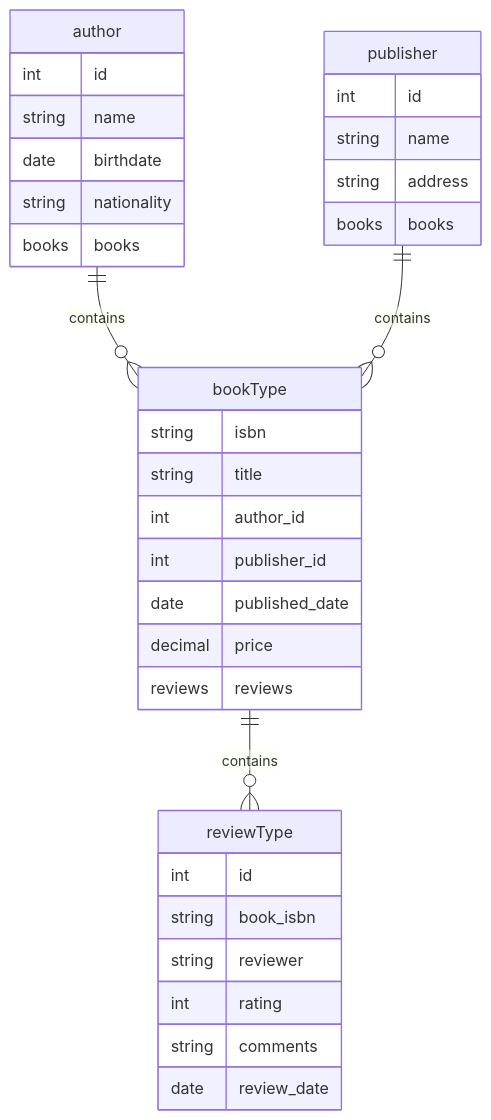
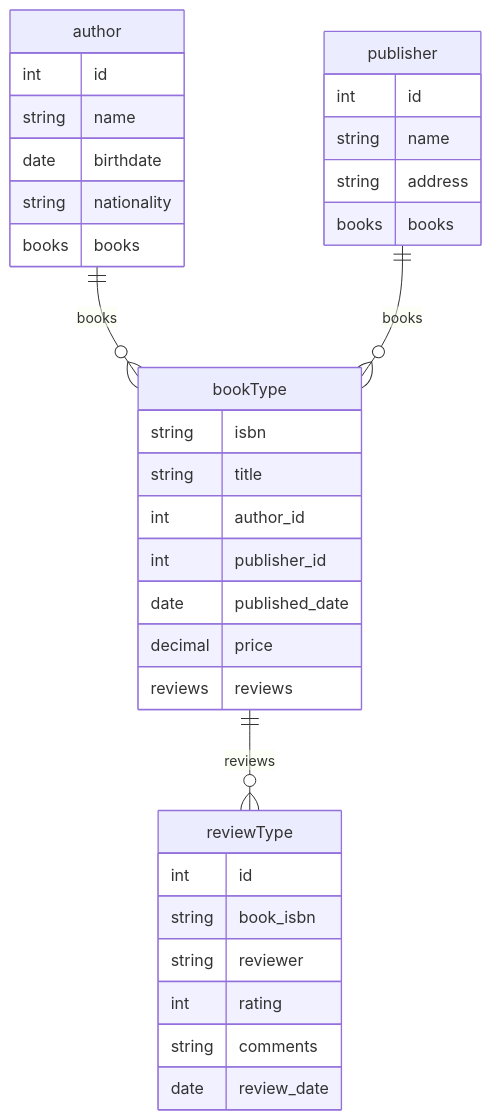
The diagram in README.md (amkuipers/xsd2erd), drawn with Mermaid before and after one commit.

````diff
--- a/README.md
+++ b/README.md
@@ -12,38 +12,38 @@
 ```mermaid
 erDiagram
     bookType {
         string isbn
         string title
         int author_id
         int publisher_id
         date published_date
         decimal price
         reviews reviews
     }
     reviewType {
         int id
         string book_isbn
         string reviewer
         int rating
         string comments
         date review_date
     }
     author {
         int id
         string name
         date birthdate
         string nationality
         books books
     }
     publisher {
         int id
         string name
         string address
         books books
     }
-    bookType ||--o{ reviewType : contains
-    author ||--o{ bookType : contains
-    publisher ||--o{ bookType : contains
+    bookType ||--o{ reviewType : reviews
+    author ||--o{ bookType : books
+    publisher ||--o{ bookType : books
 
 
 ```
````
